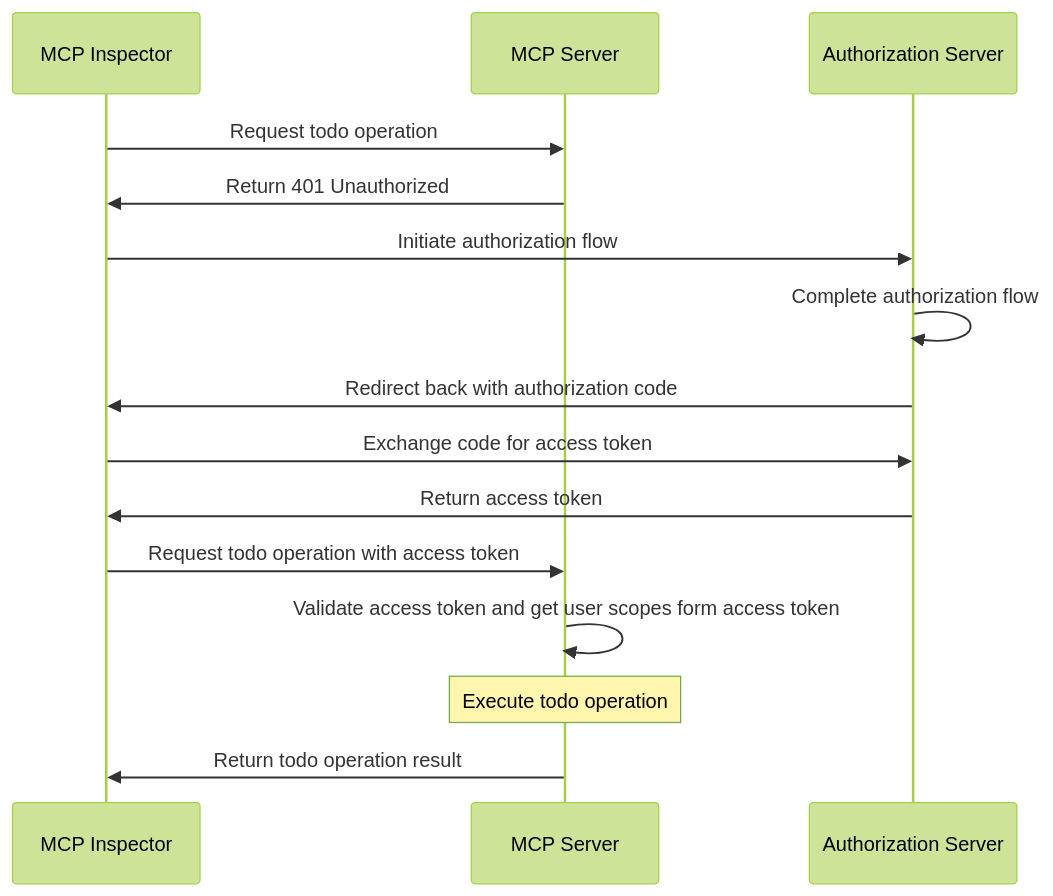
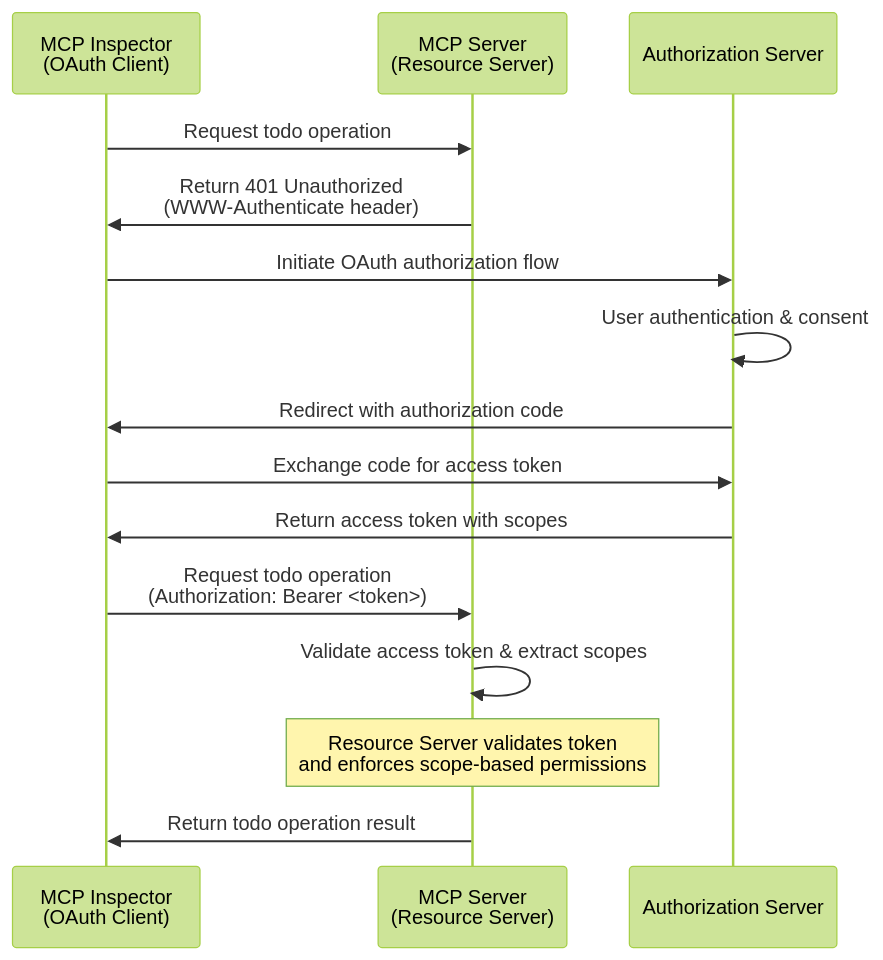
One commit to mcp-auth/docs changed the first of 2 diagrams in docs/tutorials/todo-manager/README.mdx. Above: the diagram before and after it, drawn with Mermaid (forest theme). The commit also changed other lines of this file and 4 other files, not shown here.

````diff
--- a/docs/tutorials/todo-manager/README.mdx
+++ b/docs/tutorials/todo-manager/README.mdx
@@ -31,18 +35,18 @@
 ```mermaid
 sequenceDiagram
-    participant Client as MCP Inspector
-    participant Server as MCP Server
+    participant Client as MCP Inspector<br/>(OAuth Client)
+    participant Server as MCP Server<br/>(Resource Server)
     participant Auth as Authorization Server
 
     Client->>Server: Request todo operation
-    Server->>Client: Return 401 Unauthorized
-    Client->>Auth: Initiate authorization flow
-    Auth->>Auth: Complete authorization flow
-    Auth->>Client: Redirect back with authorization code
+    Server->>Client: Return 401 Unauthorized<br/>(WWW-Authenticate header)
+    Client->>Auth: Initiate OAuth authorization flow
+    Auth->>Auth: User authentication & consent
+    Auth->>Client: Redirect with authorization code
     Client->>Auth: Exchange code for access token
-    Auth->>Client: Return access token
-    Client->>Server: Request todo operation with access token
-    Server->>Server: Validate access token and get user scopes form access token
-    Note over Server: Execute todo operation
+    Auth->>Client: Return access token with scopes
+    Client->>Server: Request todo operation<br/>(Authorization: Bearer <token>)
+    Server->>Server: Validate access token & extract scopes
+    Note over Server: Resource Server validates token<br/>and enforces scope-based permissions
     Server->>Client: Return todo operation result
 ```
````
